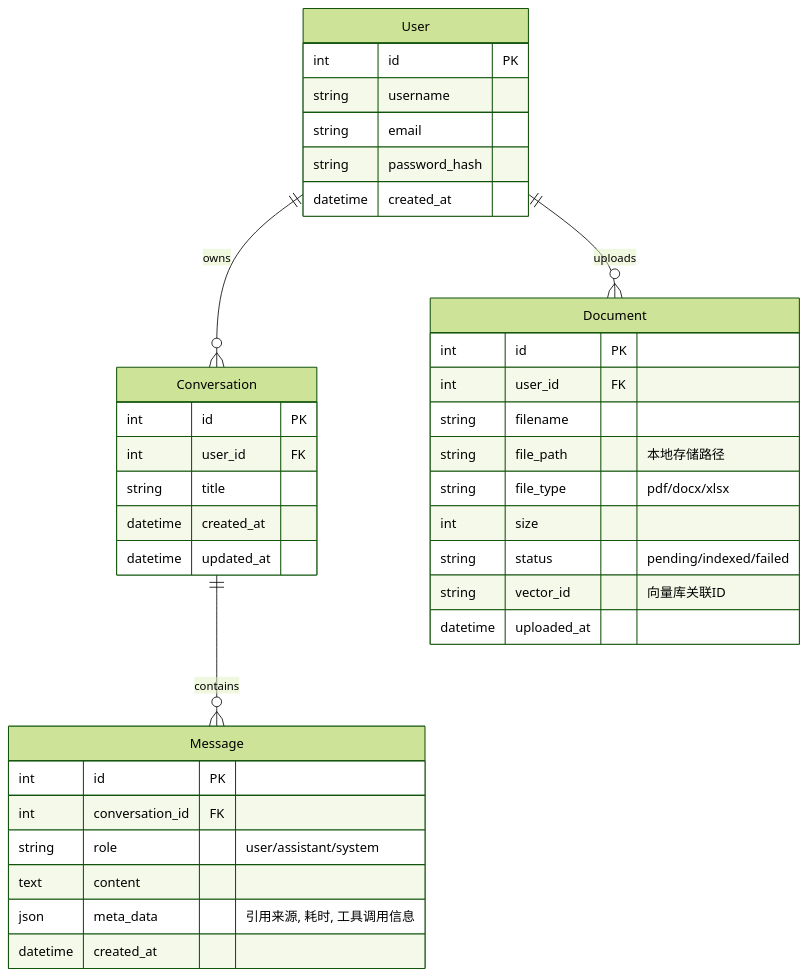
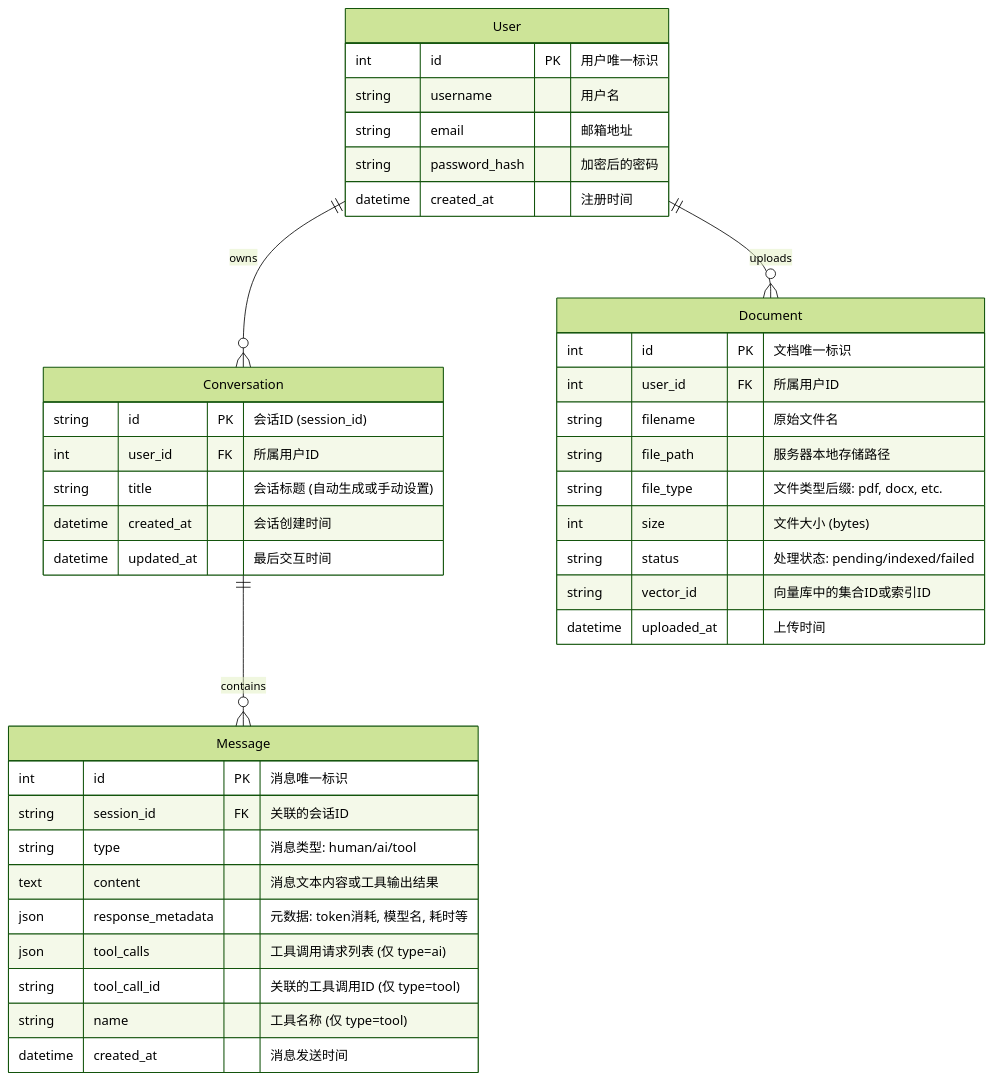
The second of 2 diagrams in product_docs/technical_design_document.md (liudu2326526/agent-study), drawn with Mermaid (forest theme) before and after one commit. The commit also changed other lines of this file, not shown here.

Commit message:
优化数据模型

````diff
--- a/product_docs/technical_design_document.md
+++ b/product_docs/technical_design_document.md
@@ -110,43 +110,46 @@
 ```mermaid
 erDiagram
     User ||--o{ Conversation : owns
     User ||--o{ Document : uploads
     Conversation ||--o{ Message : contains
     
     User {
-        int id PK
-        string username
-        string email
-        string password_hash
-        datetime created_at
+        int id PK "用户唯一标识"
+        string username "用户名"
+        string email "邮箱地址"
+        string password_hash "加密后的密码"
+        datetime created_at "注册时间"
     }
     
     Conversation {
-        int id PK
-        int user_id FK
-        string title
-        datetime created_at
-        datetime updated_at
+        string id PK "会话ID (session_id)"
+        int user_id FK "所属用户ID"
+        string title "会话标题 (自动生成或手动设置)"
+        datetime created_at "会话创建时间"
+        datetime updated_at "最后交互时间"
     }
     
     Message {
-        int id PK
-        int conversation_id FK
-        string role "user/assistant/system"
-        text content
-        json meta_data "引用来源, 耗时, 工具调用信息"
-        datetime created_at
+        int id PK "消息唯一标识"
+        string session_id FK "关联的会话ID"
+        string type "消息类型: human/ai/tool"
+        text content "消息文本内容或工具输出结果"
+        json response_metadata "元数据: token消耗, 模型名, 耗时等"
+        json tool_calls "工具调用请求列表 (仅 type=ai)"
+        string tool_call_id "关联的工具调用ID (仅 type=tool)"
+        string name "工具名称 (仅 type=tool)"
+        datetime created_at "消息发送时间"
     }
     
     Document {
-        int id PK
-        int user_id FK
-        string filename
-        string file_path "本地存储路径"
-        string file_type "pdf/docx/xlsx"
-        int size
-        string status "pending/indexed/failed"
-        string vector_id "向量库关联ID"
-        datetime uploaded_at
+        int id PK "文档唯一标识"
+        int user_id FK "所属用户ID"
+        string filename "原始文件名"
+        string file_path "服务器本地存储路径"
+        string file_type "文件类型后缀: pdf, docx, etc."
+        int size "文件大小 (bytes)"
+        string status "处理状态: pending/indexed/failed"
+        string vector_id "向量库中的集合ID或索引ID"
+        datetime uploaded_at "上传时间"
     }
 ```
````
